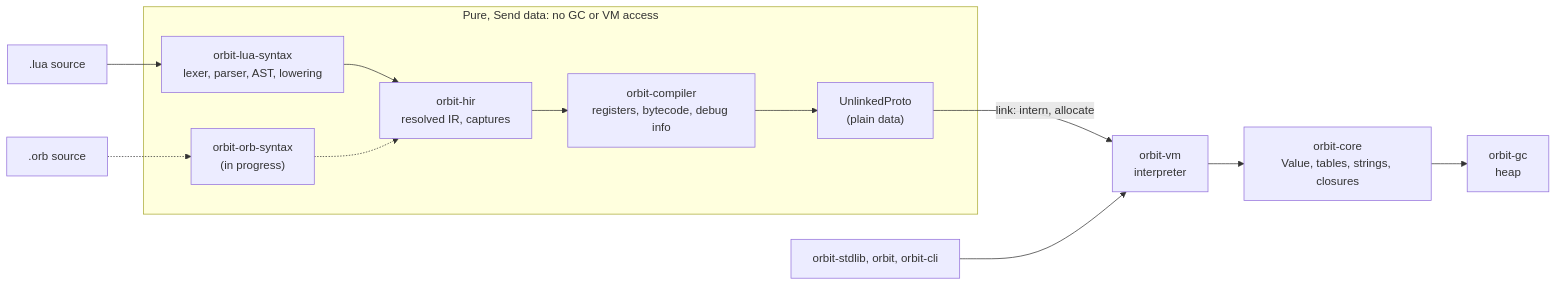
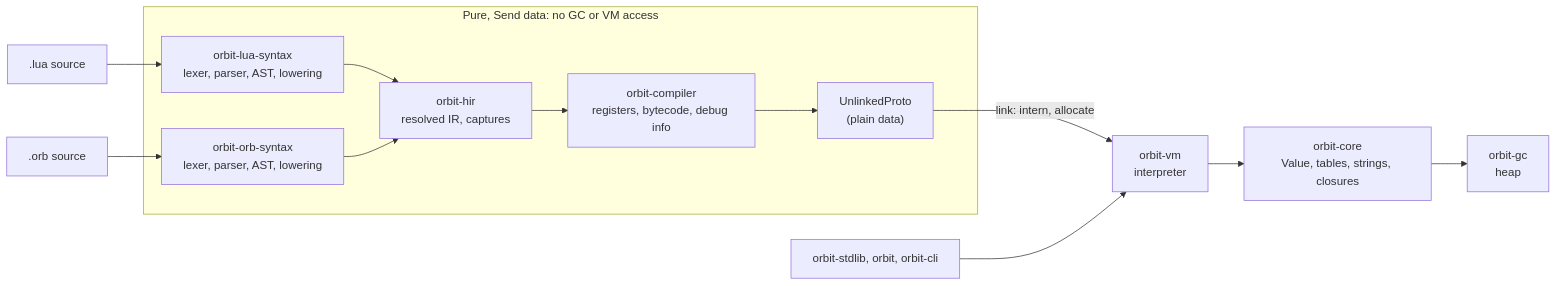
The diagram in docs/design/README.md (orbitscript-lang/OrbitScript), drawn with Mermaid before and after one commit. The commit also changed 14 other files, not shown here.

First line of the commit message:
OrbitScript front end, step 3: run .orb files (orbitscript feature)

````diff
--- a/docs/design/README.md
+++ b/docs/design/README.md
@@ -16,21 +16,21 @@
 ```mermaid
 flowchart LR
     lua[".lua source"] --> luasyn["orbit-lua-syntax<br/>lexer, parser, AST, lowering"]
-    orb[".orb source"] -.-> orbsyn["orbit-orb-syntax<br/>(in progress)"]
+    orb[".orb source"] --> orbsyn["orbit-orb-syntax<br/>lexer, parser, AST, lowering"]
     luasyn --> hir["orbit-hir<br/>resolved IR, captures"]
-    orbsyn -.-> hir
+    orbsyn --> hir
     hir --> comp["orbit-compiler<br/>registers, bytecode, debug info"]
     comp --> unlinked["UnlinkedProto<br/>(plain data)"]
     unlinked -- "link: intern, allocate" --> vm["orbit-vm<br/>interpreter"]
     vm --> core["orbit-core<br/>Value, tables, strings, closures"]
     core --> gc["orbit-gc<br/>heap"]
     host["orbit-stdlib, orbit, orbit-cli"] --> vm
 
     subgraph pure ["Pure, Send data: no GC or VM access"]
         luasyn
         orbsyn
         hir
         comp
         unlinked
     end
 ```
````
